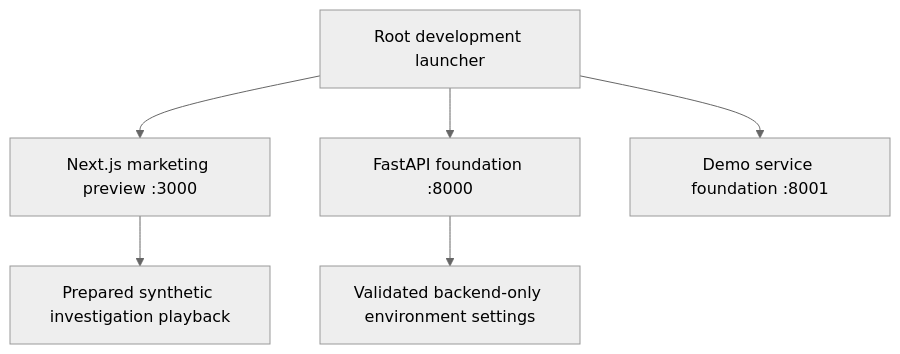
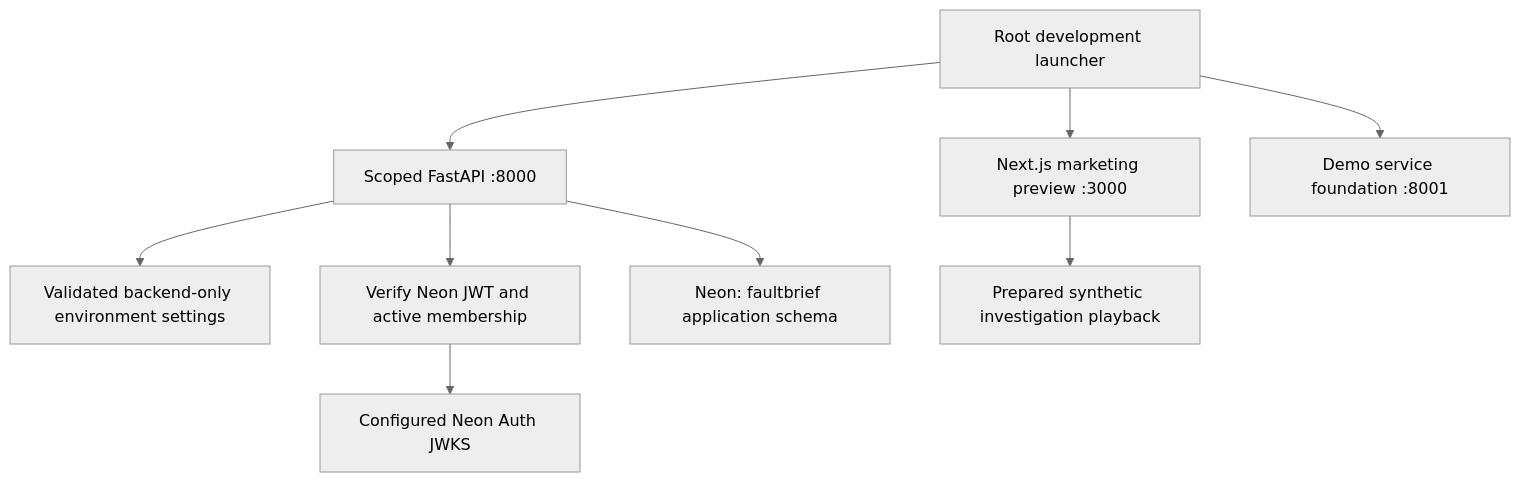
One commit to Asharp97/FaultBrief changed the first of 2 diagrams in docs/architecture.md. Above: the diagram before and after it, drawn with Mermaid (neutral theme). The commit also changed other lines of this file and 36 other files, not shown here.

Commit message:
feat: add scoped database models and investigation API contracts

````diff
--- a/docs/architecture.md
+++ b/docs/architecture.md
@@ -5,8 +5,11 @@
 ```mermaid
 flowchart TD
     Launcher["Root development launcher"] --> Web["Next.js marketing preview :3000"]
-    Launcher --> API["FastAPI foundation :8000"]
+    Launcher --> API["Scoped FastAPI :8000"]
     Launcher --> Demo["Demo service foundation :8001"]
     API --> Settings["Validated backend-only environment settings"]
+    API --> Identity["Verify Neon JWT and active membership"]
+    Identity --> Keys["Configured Neon Auth JWKS"]
+    API --> DB["Neon: faultbrief application schema"]
     Web --> Samples["Prepared synthetic investigation playback"]
 ```
````
